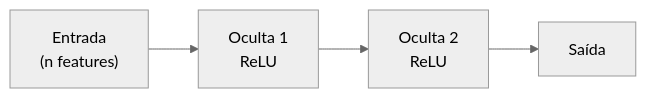
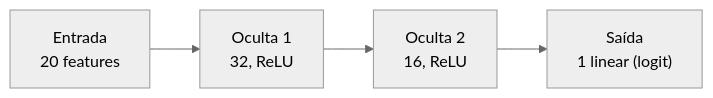
Before and after one commit to Joao-Gabriel05/ann-dl: the diagram in docs/projects/classification/index.md, drawn with Mermaid (neutral theme). The commit also changed other lines of this file and 10 other files, not shown here.

````diff
--- a/docs/projects/classification/index.md
+++ b/docs/projects/classification/index.md
@@ -55,6 +86,6 @@
 ``` mermaid
 flowchart LR
-    x["Entrada<br/>(n features)"] --> h1["Oculta 1<br/>ReLU"]
-    h1 --> h2["Oculta 2<br/>ReLU"]
-    h2 --> out["Saída"]
+    x["Entrada<br/>20 features"] --> h1["Oculta 1<br/>32, ReLU"]
+    h1 --> h2["Oculta 2<br/>16, ReLU"]
+    h2 --> out["Saída<br/>1 linear (logit)"]
 ```
````
